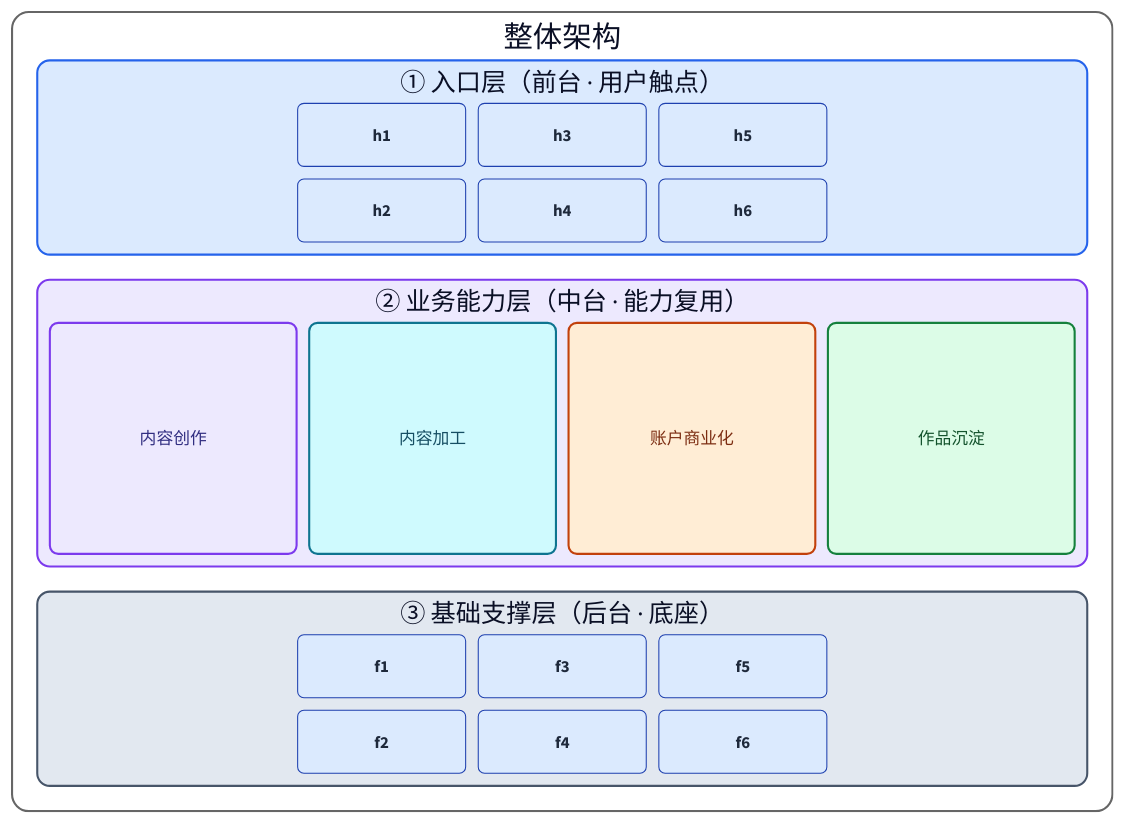
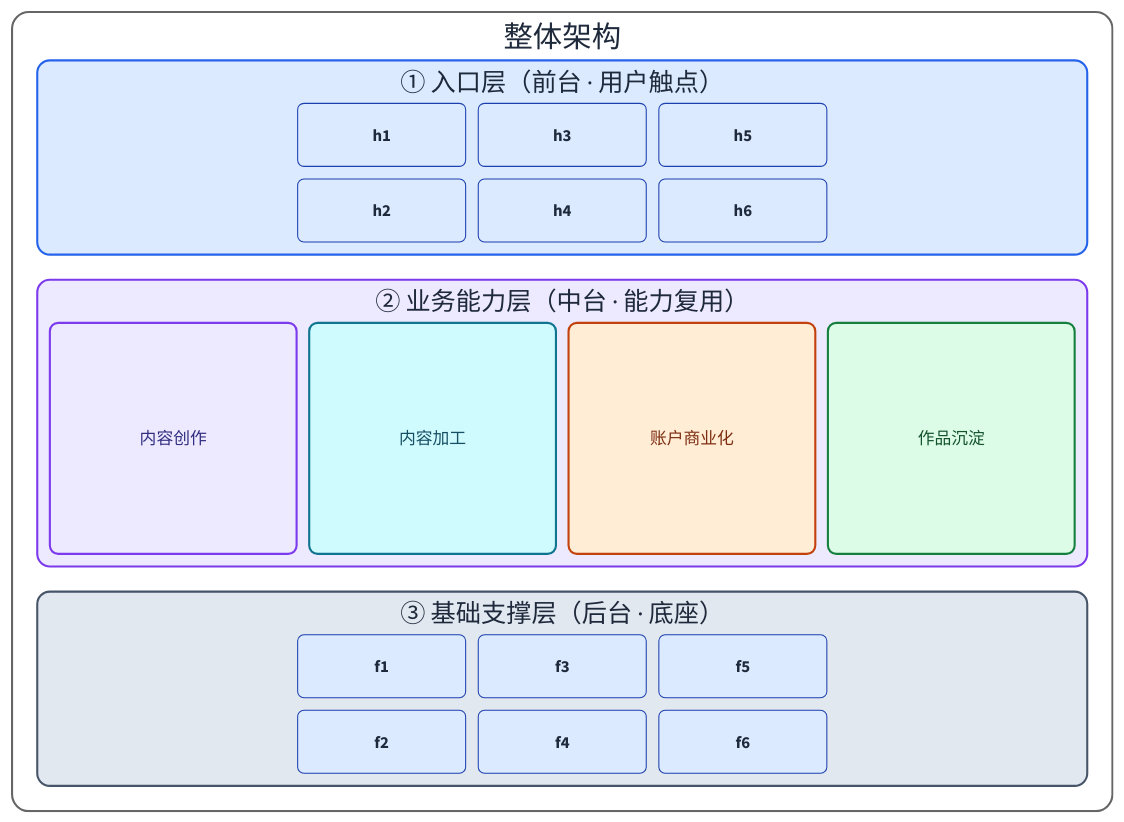
One commit to syllr/skills changed the third of 9 diagrams in skills/c4-container-diagram/SKILL.md. Above: the diagram before and after it, drawn with D2. The commit also changed other lines of this file, not shown here.

First line of the commit message:
feat: §4.2 补容器标题对比度铁律 + 全模板层容器 font-color

```diff
--- a/skills/c4-container-diagram/SKILL.md
+++ b/skills/c4-container-diagram/SKILL.md
@@ -329,6 +330,7 @@
 # === ② 外层容器：grid-rows:1 grid-columns:1 强制纵向堆叠 ===
 整体架构: {
   style.fill: "#ffffff"     # 外层白底，可省
+  style.font-color: "#1e293b"
   style.stroke: "#666666"
   style.stroke-width: 2
   style.border-radius: 16
@@ -341,6 +343,7 @@
     label: "① 入口层（前台 · 用户触点）"
     width: 1000            # ← 关键：固定宽度保证各层等宽
     style.fill: "#dbeafe"  # 蓝（用户/入口层惯例色）
+    style.font-color: "#1e293b"
     style.stroke: "#2563eb"
     style.stroke-width: 2
     style.border-radius: 12
@@ -358,6 +361,7 @@
     label: "② 业务能力层（中台 · 能力复用）"
     width: 1000
     style.fill: "#ede9fe"  # 紫（业务层惯例色）
+    style.font-color: "#1e293b"
     style.stroke: "#7c3aed"
     style.stroke-width: 2
     style.border-radius: 12
@@ -373,6 +377,7 @@
     label: "③ 基础支撑层（后台 · 底座）"
     width: 1000
     style.fill: "#e2e8f0"  # 灰（支撑层惯例色，可改 stroke-dash: 3 虚线化）
+    style.font-color: "#1e293b"
     style.stroke: "#475569"
     style.stroke-width: 2
     style.border-radius: 12
```
